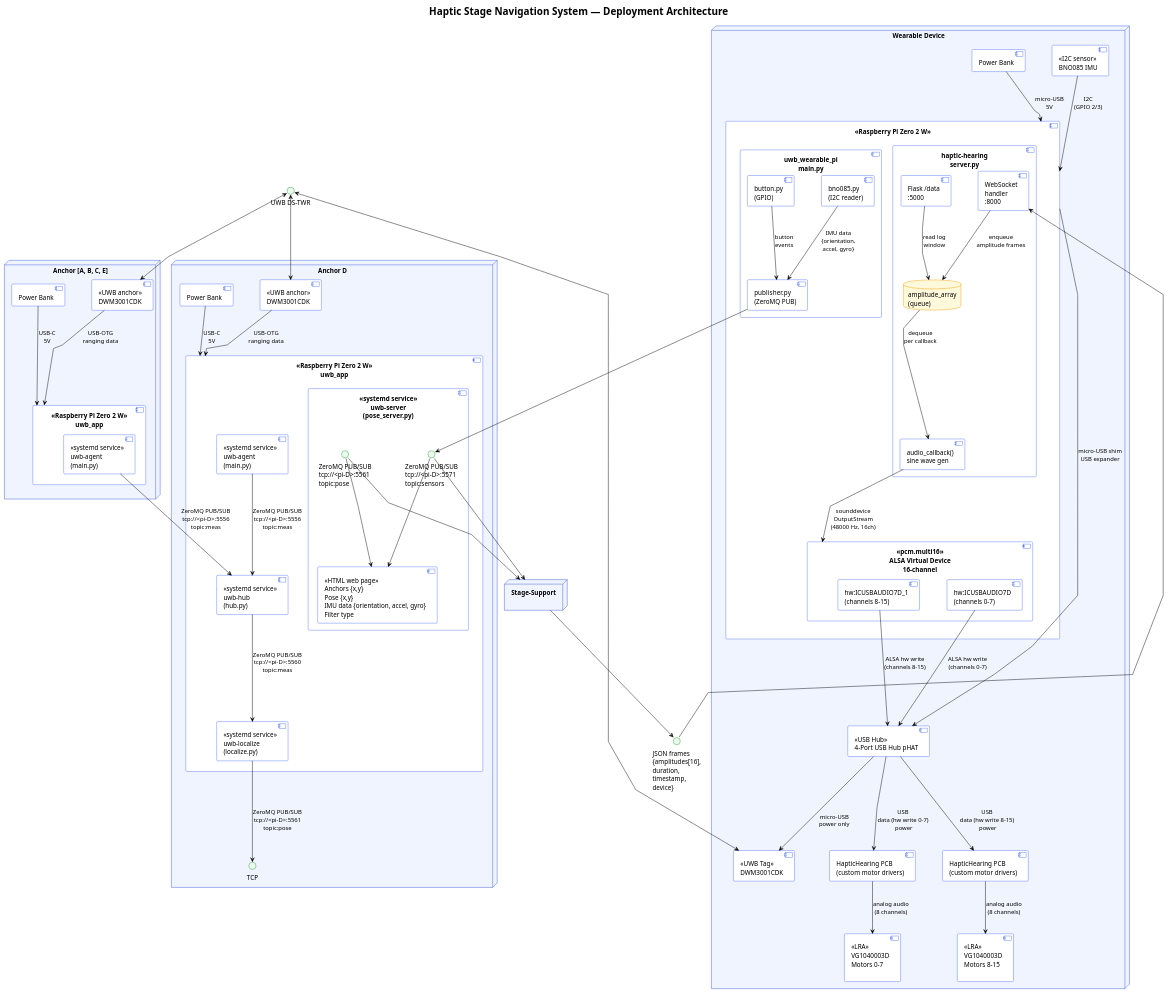
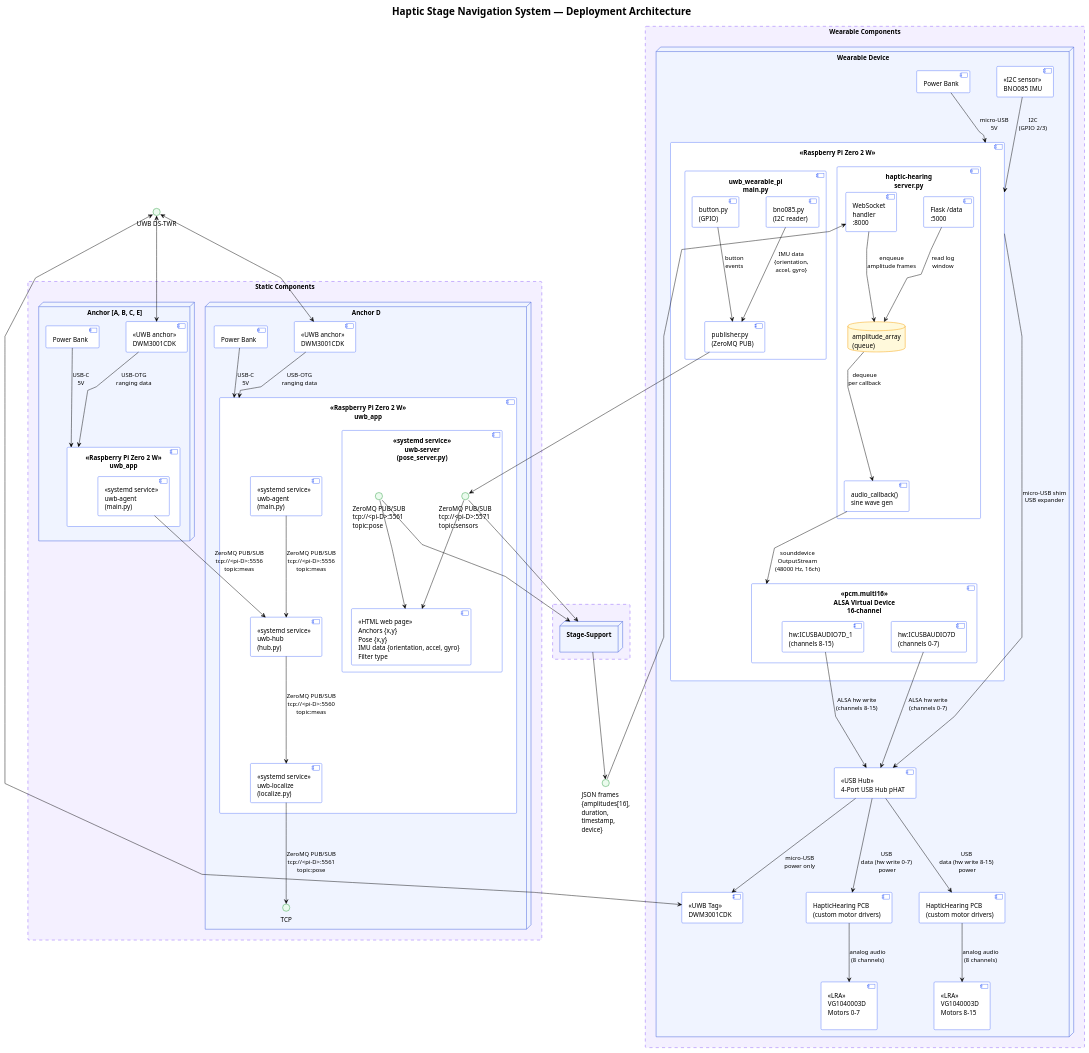
The diagram in diagrams/deployment_diagram.puml (alinanila/uwb_app), drawn with PlantUML before and after one commit. The commit also changed 3 other files, not shown here.

Commit message:
diagram change

```diff
--- a/diagrams/deployment_diagram.puml
+++ b/diagrams/deployment_diagram.puml
@@ -1,154 +1,181 @@
 @startuml Haptic Stage Navigation System
 
 !theme plain
 skinparam linetype polyline
 skinparam nodesep 60
 skinparam ranksep 80
 
 skinparam node {
   BackgroundColor #f0f4ff
   BorderColor #3b5bdb
   FontStyle bold
 }
 
 skinparam component {
   BackgroundColor #ffffff
   BorderColor #5c7cfa
 }
 
 skinparam database {
   BackgroundColor #fff9db
   BorderColor #f59f00
 }
 
 skinparam interface {
   BackgroundColor #ebfbee
   BorderColor #2f9e44
 }
 
+skinparam rectangle {
+  BackgroundColor #f4f0ff
+  BorderColor #8B5CFA
+  FontStyle bold
+}
+
+
 title Haptic Stage Navigation System — Deployment Architecture
 
+
+
+
 ' ─────────────────────────────────────────
-' UWB ANCHOR LAYER
+' ANCHORS
 ' ─────────────────────────────────────────
-node "Anchor [A, B, C, E]" as Anchors {
-  component "<<UWB anchor>>\nDWM3001CDK" as Anchor
-  component "<<Raspberry Pi Zero 2 W>>\nuwb_app" as UWBagent{
-    component "<<systemd service>>\nuwb-agent\n(main.py)" as agent
+rectangle "Static Components" as anchors #line.dashed{
+  ' ─────────────────────────────────────────
+  ' UWB ANCHOR LAYER
+  ' ─────────────────────────────────────────
+  node "Anchor [A, B, C, E]" as Anchors {
+    component "<<UWB anchor>>\nDWM3001CDK" as Anchor
+    component "<<Raspberry Pi Zero 2 W>>\nuwb_app" as UWBagent{
+      component "<<systemd service>>\nuwb-agent\n(main.py)" as agent
+    }
+    component "Power Bank" as AnchorPower
+
+    Anchor --> UWBagent : USB-OTG\nranging data
+    AnchorPower --> UWBagent : USB-C\n5V
   }
-  component "Power Bank" as AnchorPower
 
-  Anchor --> UWBagent : USB-OTG\nranging data
-  AnchorPower --> UWBagent : USB-C\n5V
+  ' ─────────────────────────────────────────
+  ' HUB PI
+  ' ─────────────────────────────────────────
+  node "Anchor D" as HubPi {
+    component "<<UWB anchor>>\nDWM3001CDK" as AnchorD
+    component "<<Raspberry Pi Zero 2 W>>\nuwb_app" as UWBagentD {
+      component "<<systemd service>>\nuwb-agent\n(main.py)" as agentD
+      component "<<systemd service>>\nuwb-hub\n(hub.py)" as UWBhub
+      component "<<systemd service>>\nuwb-localize\n(localize.py)" as UWBlocalize
+      component "<<systemd service>>\nuwb-server\n(pose_server.py)" as UWBserver{
+        component "<<HTML web page>>\nAnchors {x,y}\nPose {x,y}\nIMU data {orientation, accel, gyro}\nFilter type" as webpage
+        interface "ZeroMQ PUB/SUB\ntcp://<pi-D>:5561\ntopic:pose" as TCPpose
+        interface "ZeroMQ PUB/SUB\ntcp://<pi-D>:5571\ntopic:sensors" as TCPsensors
+      }
+    }
+    component "Power Bank" as AnchorPowerD
+    
+    AnchorPowerD --> UWBagentD : USB-C\n5V
+    AnchorD --> UWBagentD : USB-OTG\nranging data
+    agentD --> UWBhub : ZeroMQ PUB/SUB\ntcp://<pi-D>:5556\ntopic:meas
+    agent --> UWBhub : ZeroMQ PUB/SUB\ntcp://<pi-D>:5556\ntopic:meas
+    UWBhub --> UWBlocalize : ZeroMQ PUB/SUB\ntcp://<pi-D>:5560\ntopic:meas
+    UWBlocalize --> TCP : ZeroMQ PUB/SUB\ntcp://<pi-D>:5561\ntopic:pose
+  }
 }
 
-' ─────────────────────────────────────────
-' HUB PI
-' ─────────────────────────────────────────
-node "Anchor D" as HubPi {
-  component "<<UWB anchor>>\nDWM3001CDK" as AnchorD
-  component "<<Raspberry Pi Zero 2 W>>\nuwb_app" as UWBagentD {
-    component "<<systemd service>>\nuwb-agent\n(main.py)" as agentD
-    component "<<systemd service>>\nuwb-hub\n(hub.py)" as UWBhub
-    component "<<systemd service>>\nuwb-localize\n(localize.py)" as UWBlocalize
-    component "<<systemd service>>\nuwb-server\n(pose_server.py)" as UWBserver{
-      component "<<HTML web page>>\nAnchors {x,y}\nPose {x,y}\nIMU data {orientation, accel, gyro}\nFilter type" as webpage
-      interface "ZeroMQ PUB/SUB\ntcp://<pi-D>:5561\ntopic:pose" as TCPpose
-      interface "ZeroMQ PUB/SUB\ntcp://<pi-D>:5571\ntopic:sensors" as TCPsensors
-    }
-   }
-  component "Power Bank" as AnchorPowerD
-  
-  AnchorPowerD --> UWBagentD : USB-C\n5V
-  AnchorD --> UWBagentD : USB-OTG\nranging data
-  agentD --> UWBhub : ZeroMQ PUB/SUB\ntcp://<pi-D>:5556\ntopic:meas
-  agent --> UWBhub : ZeroMQ PUB/SUB\ntcp://<pi-D>:5556\ntopic:meas
-  UWBhub --> UWBlocalize : ZeroMQ PUB/SUB\ntcp://<pi-D>:5560\ntopic:meas
-  UWBlocalize --> TCP : ZeroMQ PUB/SUB\ntcp://<pi-D>:5561\ntopic:pose
-}
+
+
 
 ' ─────────────────────────────────────────
 ' STAGE-SUPPORT
 ' ─────────────────────────────────────────
-node "Stage-Support\n" as Laptop {
+rectangle " " as SS #line.dashed {
+  node "Stage-Support\n" as Laptop {
 
+  }
 }
 
+
+
+
 ' ─────────────────────────────────────────
-' WEARABLE
+' BELT
 ' ─────────────────────────────────────────
-node "Wearable Device" as Wearable {
+rectangle "Wearable Components" as belt #line.dashed {
+  node "Wearable Device" as Wearable {
 
-  component "<<Raspberry Pi Zero 2 W>>" as WearablePi{
-    component "haptic-hearing\nserver.py" as ServerPy {
-      component "WebSocket\nhandler\n:8000" as WShandler
-      component "audio_callback()\nsine wave gen" as AudioCB
-      component "Flask /data\n:5000" as Flask
-      database "amplitude_array\n(queue)" as AmpQueue
+    component "<<Raspberry Pi Zero 2 W>>" as WearablePi{
+      component "haptic-hearing\nserver.py" as ServerPy {
+        component "WebSocket\nhandler\n:8000" as WShandler
+        component "audio_callback()\nsine wave gen" as AudioCB
+        component "Flask /data\n:5000" as Flask
+        database "amplitude_array\n(queue)" as AmpQueue
+      }
+
+      component "uwb_wearable_pi\nmain.py" as WearableApp {
+        component "bno085.py\n(I2C reader)" as BNO
+        component "publisher.py\n(ZeroMQ PUB)" as ZMQwearPub
+        component "button.py\n(GPIO)" as Button
+      }
+
+      component "«pcm.multi16»\nALSA Virtual Device\n16-channel" as ALSA {
+        component "hw:ICUSBAUDIO7D\n(channels 0–7)" as Card1
+        component "hw:ICUSBAUDIO7D_1\n(channels 8–15)" as Card2
+      }
     }
 
-    component "uwb_wearable_pi\nmain.py" as WearableApp {
-      component "bno085.py\n(I2C reader)" as BNO
-      component "publisher.py\n(ZeroMQ PUB)" as ZMQwearPub
-      component "button.py\n(GPIO)" as Button
-    }
+    component "HapticHearing PCB\n(custom motor drivers)" as PCB1
+    component "HapticHearing PCB\n(custom motor drivers)" as PCB2
+    component "<<LRA>>\nVG1040003D\nMotors 0–7\n" as LRA1
+    component "<<LRA>>\nVG1040003D\nMotors 8–15\n" as LRA2
+    component "<<I2C sensor>>\nBNO085 IMU" as IMU
+    component "«UWB Tag»\nDWM3001CDK" as Tag
+    component "<<USB Hub>>\n4-Port USB Hub pHAT" as USBhub
+    component "Power Bank" as PowerBank
 
-    component "«pcm.multi16»\nALSA Virtual Device\n16-channel" as ALSA {
-      component "hw:ICUSBAUDIO7D\n(channels 0–7)" as Card1
-      component "hw:ICUSBAUDIO7D_1\n(channels 8–15)" as Card2
-    }
+    PowerBank --> WearablePi : micro-USB\n5V
+    WearablePi --> USBhub : micro-USB shim\nUSB expander
+    Card1 --> USBhub : ALSA hw write\n(channels 0–7)
+    Card2 --> USBhub : ALSA hw write\n(channels 8–15)
+    USBhub --> PCB1 : USB\ndata (hw write 0-7)\n power
+    USBhub --> PCB2 : USB\ndata (hw write 8-15)\n power
+    USBhub --> Tag : micro-USB\npower only
+    PCB1 --> LRA1 : analog audio\n(8 channels)
+    PCB2 --> LRA2 : analog audio\n(8 channels)
+    IMU --> WearablePi : I2C\n(GPIO 2/3)
+    WShandler --> AmpQueue : enqueue\namplitude frames
+    AmpQueue --> AudioCB : dequeue\nper callback
+    AudioCB --> ALSA : sounddevice\nOutputStream\n(48000 Hz, 16ch)
+    Flask --> AmpQueue : read log\nwindow
+
+    BNO --> ZMQwearPub : IMU data\n{orientation,\naccel, gyro}
+    Button --> ZMQwearPub : button\nevents
   }
+}
 
-  component "HapticHearing PCB\n(custom motor drivers)" as PCB1
-  component "HapticHearing PCB\n(custom motor drivers)" as PCB2
-  component "<<LRA>>\nVG1040003D\nMotors 0–7\n" as LRA1
-  component "<<LRA>>\nVG1040003D\nMotors 8–15\n" as LRA2
-  component "<<I2C sensor>>\nBNO085 IMU" as IMU
-  component "«UWB Tag»\nDWM3001CDK" as Tag
-  component "<<USB Hub>>\n4-Port USB Hub pHAT" as USBhub
-  component "Power Bank" as PowerBank
 
-  PowerBank --> WearablePi : micro-USB\n5V
-  WearablePi --> USBhub : micro-USB shim\nUSB expander
-  Card1 --> USBhub : ALSA hw write\n(channels 0–7)
-  Card2 --> USBhub : ALSA hw write\n(channels 8–15)
-  USBhub --> PCB1 : USB\ndata (hw write 0-7)\n power
-  USBhub --> PCB2 : USB\ndata (hw write 8-15)\n power
-  USBhub --> Tag : micro-USB\npower only
-  PCB1 --> LRA1 : analog audio\n(8 channels)
-  PCB2 --> LRA2 : analog audio\n(8 channels)
-  IMU --> WearablePi : I2C\n(GPIO 2/3)
-  WShandler --> AmpQueue : enqueue\namplitude frames
-  AmpQueue --> AudioCB : dequeue\nper callback
-  AudioCB --> ALSA : sounddevice\nOutputStream\n(48000 Hz, 16ch)
-  Flask --> AmpQueue : read log\nwindow
 
-  BNO --> ZMQwearPub : IMU data\n{orientation,\naccel, gyro}
-  Button --> ZMQwearPub : button\nevents
-}
 
 ' ─────────────────────────────────────────
 ' NODE CONNECTIONS
 ' ─────────────────────────────────────────
 interface "UWB DS-TWR" as UWB 
 interface "JSON frames\n{amplitudes[16],\nduration,\ntimestamp,\ndevice}" as JSON
 
 Tag <--> UWB
 UWB <--> Anchor
 UWB <--> AnchorD
 
 TCPpose --> webpage
 TCPsensors --> webpage
 TCPpose --> Laptop
 TCPsensors --> Laptop
 
 ZMQwearPub --> TCPsensors
 
 Laptop --> JSON
 JSON --> WShandler
 
 
 
 
-
 @enduml
```
